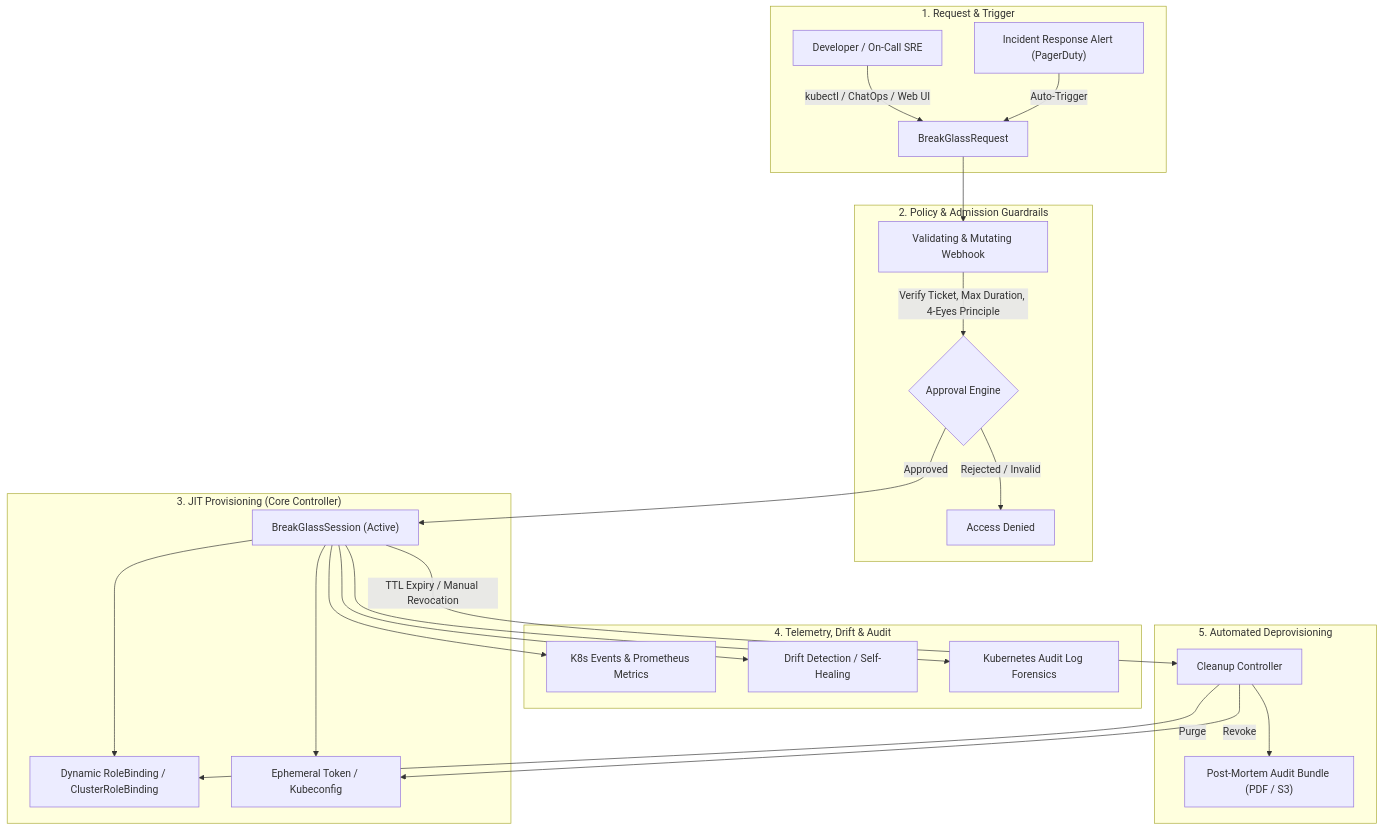
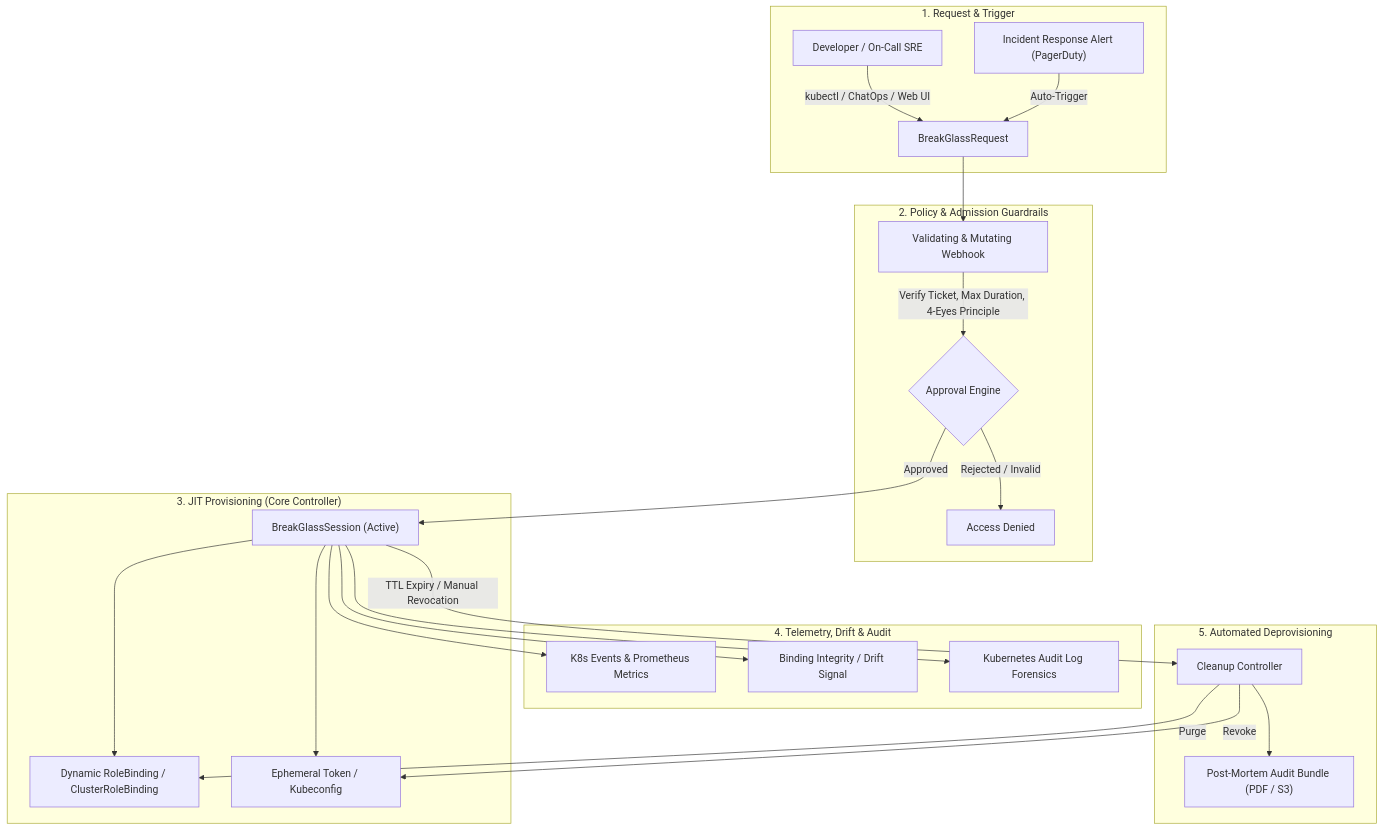
One commit to yannick-thomas/breakglass-operator changed the diagram in ROADMAP.md. Above: the diagram before and after it, drawn with Mermaid. The commit also changed other lines of this file and 39 other files, not shown here.

````diff
--- a/ROADMAP.md
+++ b/ROADMAP.md
@@ -15,32 +20,32 @@
 ```mermaid
 flowchart TD
     subgraph Trigger["1. Request & Trigger"]
         A1["Developer / On-Call SRE"] -->|kubectl / ChatOps / Web UI| R["BreakGlassRequest"]
         A2["Incident Response Alert (PagerDuty)"] -->|Auto-Trigger| R
     end
 
     subgraph Governance["2. Policy & Admission Guardrails"]
         R --> V["Validating & Mutating Webhook"]
         V -->|Verify Ticket, Max Duration, 4-Eyes Principle| P{"Approval Engine"}
         P -->|Rejected / Invalid| DENY["Access Denied"]
     end
 
     subgraph Execution["3. JIT Provisioning (Core Controller)"]
         P -->|Approved| BGS["BreakGlassSession (Active)"]
         BGS --> RBAC["Dynamic RoleBinding / ClusterRoleBinding"]
         BGS --> T["Ephemeral Token / Kubeconfig"]
     end
 
     subgraph Observability["4. Telemetry, Drift & Audit"]
         BGS --> E["K8s Events & Prometheus Metrics"]
-        BGS --> D["Drift Detection / Self-Healing"]
+        BGS --> D["Binding Integrity / Drift Signal"]
         BGS --> A["Kubernetes Audit Log Forensics"]
     end
 
     subgraph Revocation["5. Automated Deprovisioning"]
         BGS -->|TTL Expiry / Manual Revocation| EXP["Cleanup Controller"]
         EXP -->|Purge| RBAC
         EXP -->|Revoke| T
         EXP --> POST["Post-Mortem Audit Bundle (PDF / S3)"]
     end
 ```
````
